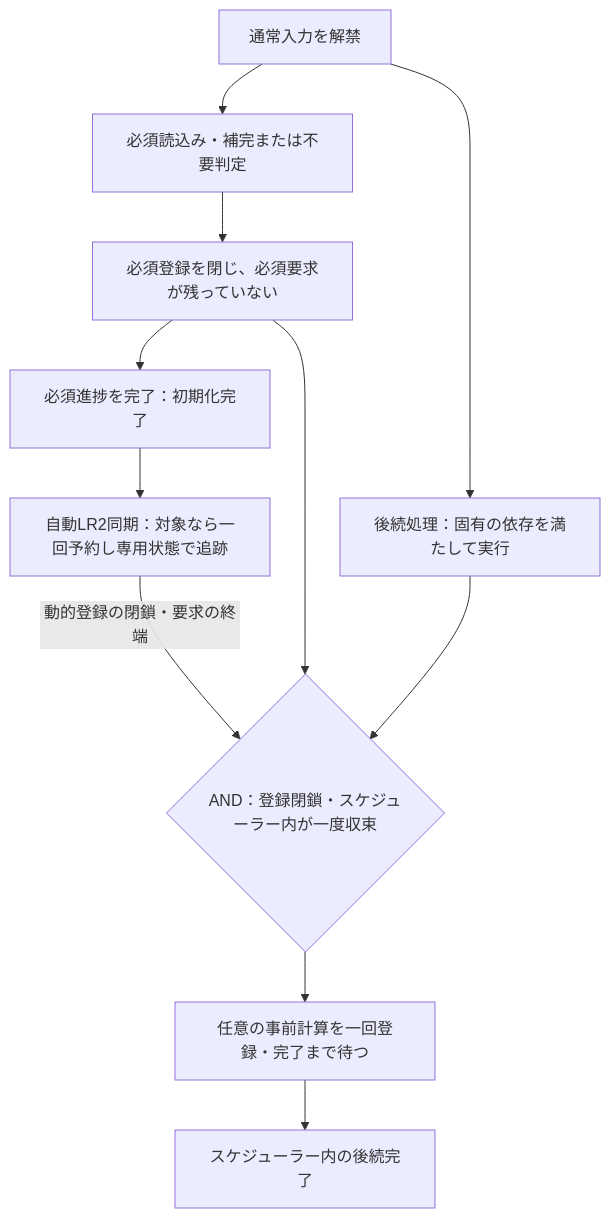
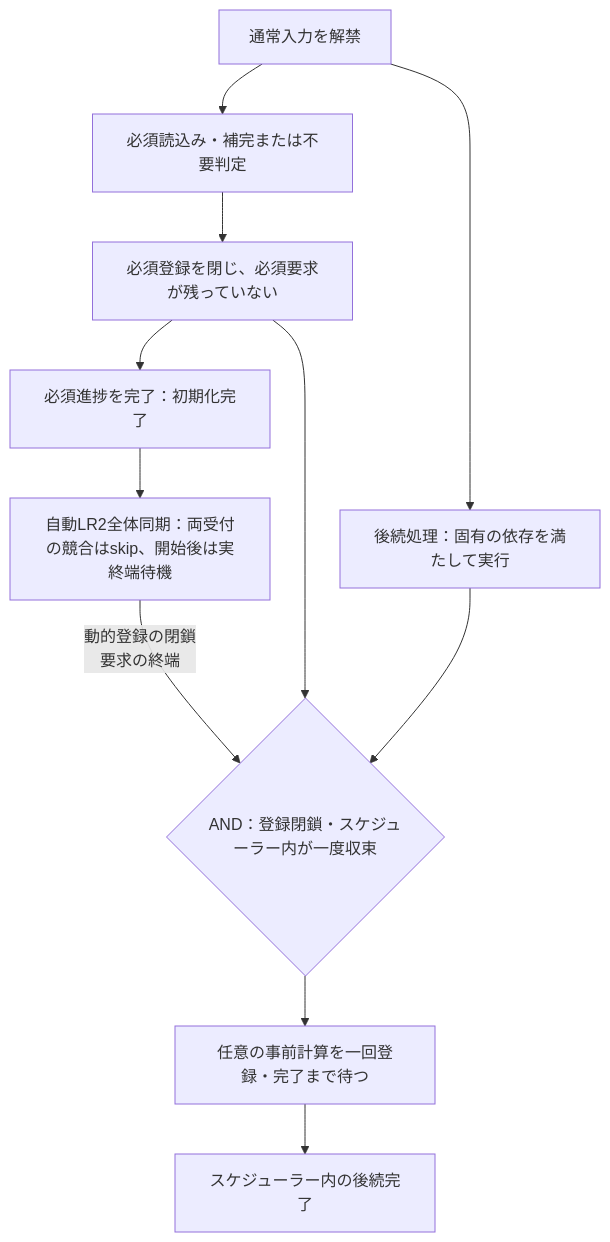
The second of 3 diagrams in devdocs/spec/runtime/startup.md (Neeted/bemusicseeker-unofficial-fork), drawn with Mermaid before and after one commit. The commit also changed other lines of this file and 298 other files, not shown here.

````diff
--- a/devdocs/spec/runtime/startup.md
+++ b/devdocs/spec/runtime/startup.md
@@ -52,13 +52,13 @@
 ```mermaid
 flowchart TB
     Operable["通常入力を解禁"] --> Required["必須読込み・補完または不要判定"]
     Operable --> Followup["後続処理：固有の依存を満たして実行"]
     Required --> RequiredDone["必須登録を閉じ、必須要求が残っていない"]
     RequiredDone --> Initialized["必須進捗を完了：初期化完了"]
-    Initialized --> Sync["自動LR2同期：対象なら一回予約し専用状態で追跡"]
-    Sync -->|動的登録の閉鎖・要求の終端| Settled
+    Initialized --> Sync["自動LR2全体同期：両受付の競合はskip、開始後は実終端待機"]
+    Sync -->|動的登録の閉鎖<br/>要求の終端| Settled
     RequiredDone --> Settled{"AND：登録閉鎖・スケジューラー内が一度収束"}
     Followup --> Settled
     Settled --> Prewarm["任意の事前計算を一回登録・完了まで待つ"]
     Prewarm --> PostDone["スケジューラー内の後続完了"]
 ```
````
